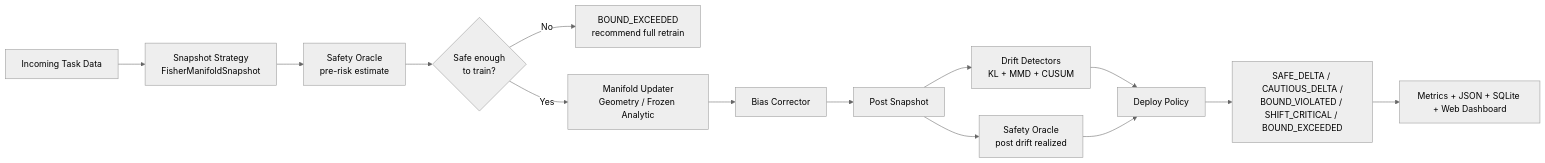
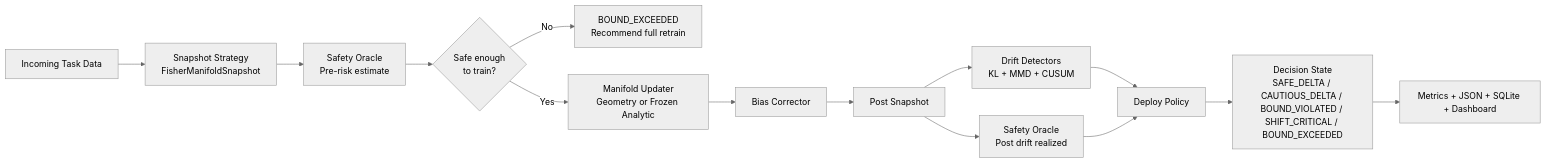
The diagram in README.md (anikeaty08/MELD), drawn with Mermaid (neutral theme) before and after one commit. The commit also changed other lines of this file and 3 other files, not shown here.

````diff
--- a/README.md
+++ b/README.md
@@ -26,16 +28,16 @@
 ```mermaid
 flowchart LR
     A["Incoming Task Data"] --> B["Snapshot Strategy<br/>FisherManifoldSnapshot"]
-    B --> C["Safety Oracle<br/>pre-risk estimate"]
+    B --> C["Safety Oracle<br/>Pre-risk estimate"]
     C --> D{"Safe enough<br/>to train?"}
-    D -- "No" --> E["BOUND_EXCEEDED<br/>recommend full retrain"]
-    D -- "Yes" --> F["Manifold Updater<br/>Geometry / Frozen Analytic"]
+    D -- "No" --> E["BOUND_EXCEEDED<br/>Recommend full retrain"]
+    D -- "Yes" --> F["Manifold Updater<br/>Geometry or Frozen Analytic"]
     F --> G["Bias Corrector"]
     G --> H["Post Snapshot"]
     H --> I["Drift Detectors<br/>KL + MMD + CUSUM"]
-    H --> J["Safety Oracle<br/>post drift realized"]
+    H --> J["Safety Oracle<br/>Post drift realized"]
     I --> K["Deploy Policy"]
     J --> K
-    K --> L["SAFE_DELTA / CAUTIOUS_DELTA /<br/>BOUND_VIOLATED / SHIFT_CRITICAL / BOUND_EXCEEDED"]
-    L --> M["Metrics + JSON + SQLite + Web Dashboard"]
+    K --> L["Decision State<br/>SAFE_DELTA / CAUTIOUS_DELTA / BOUND_VIOLATED / SHIFT_CRITICAL / BOUND_EXCEEDED"]
+    L --> M["Metrics + JSON + SQLite + Dashboard"]
 ```
````
